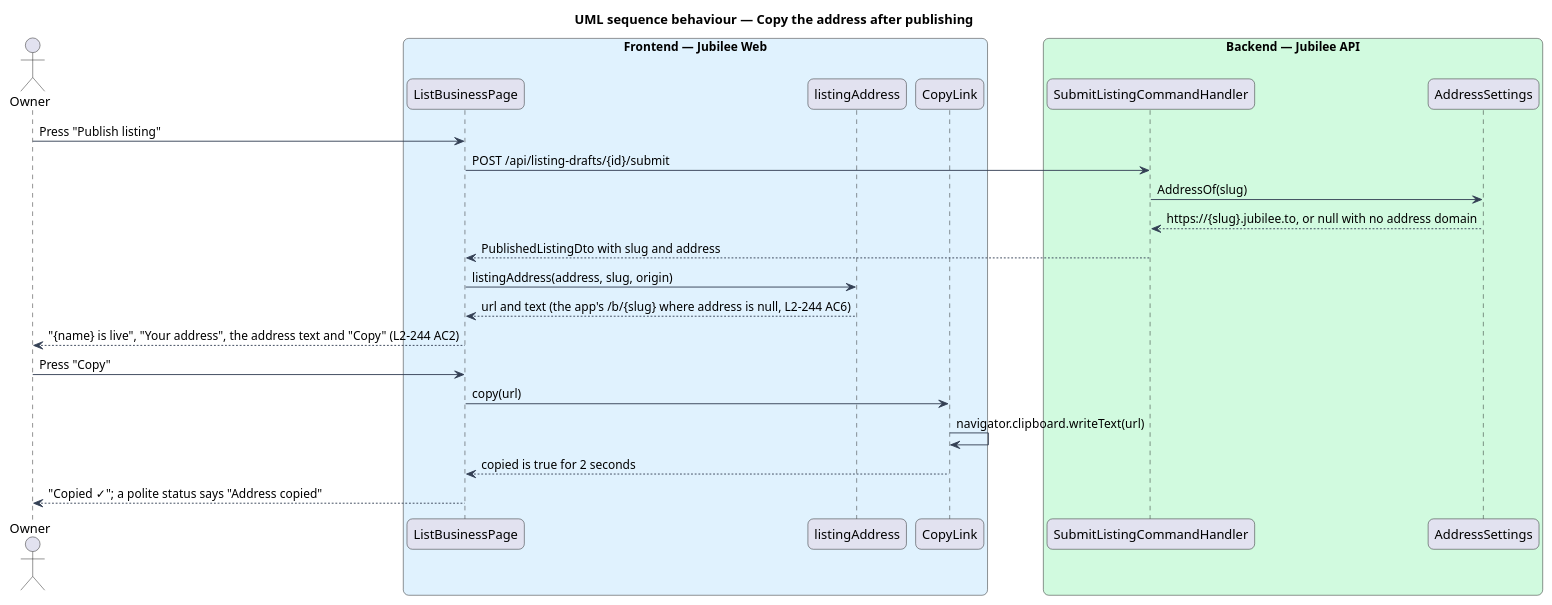
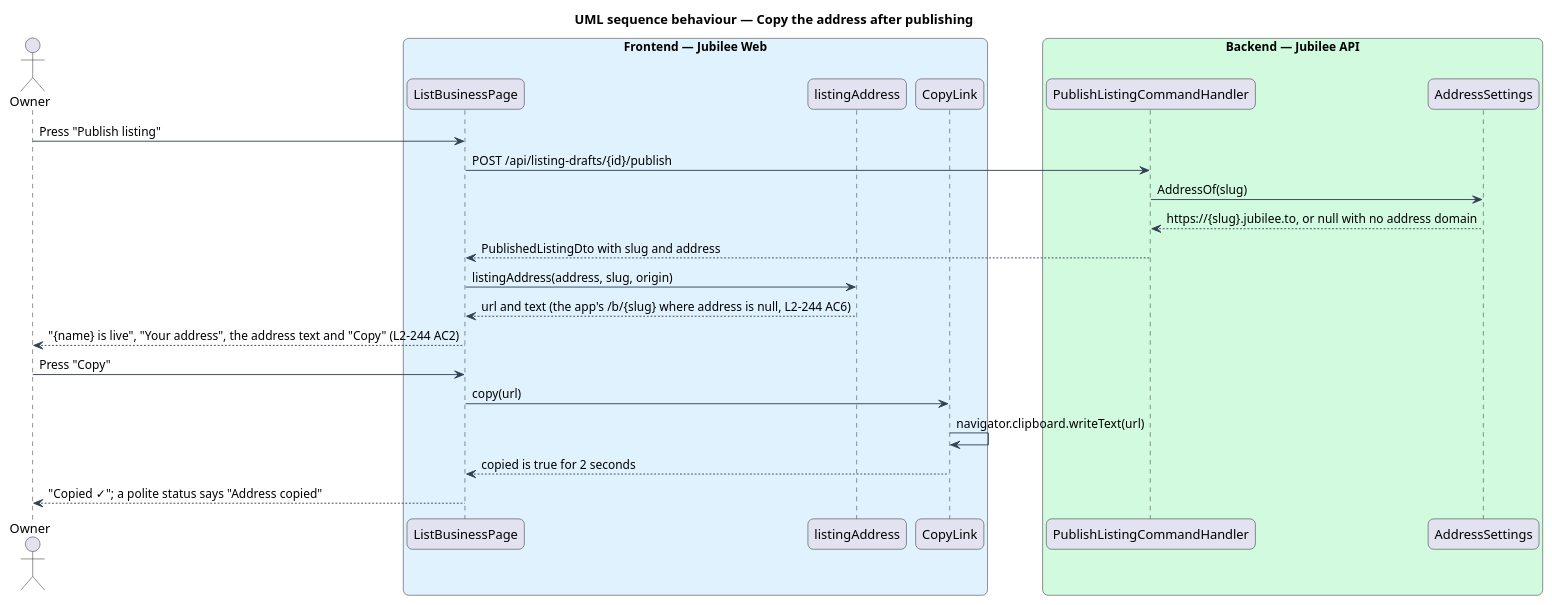
Before and after one commit to QuinntyneBrown/jubilee: the diagram in docs/detailed-designs/listings/share-listing-address/diagrams/sequence-copy-address.puml, drawn with PlantUML. The commit also changed 15 other files, not shown here.

```diff
--- a/docs/detailed-designs/listings/share-listing-address/diagrams/sequence-copy-address.puml
+++ b/docs/detailed-designs/listings/share-listing-address/diagrams/sequence-copy-address.puml
@@ -1,40 +1,40 @@
 @startuml
 title UML sequence behaviour — Copy the address after publishing
 skinparam backgroundColor #FFFFFF
 skinparam shadowing false
 skinparam roundcorner 12
 skinparam defaultFontName Arial
 skinparam ArrowColor #344054
 skinparam rectangle {
   BorderColor #344054
   FontColor #101828
 }
 skinparam package {
   BorderColor #667085
   FontColor #101828
   BackgroundColor #F9FAFB
 }
 actor "Owner" as owner
 box "Frontend — Jubilee Web" #E0F2FE
   participant "ListBusinessPage" as page
   participant "listingAddress" as helper
   participant "CopyLink" as copy
 end box
 box "Backend — Jubilee API" #D1FADF
-  participant "SubmitListingCommandHandler" as handler
+  participant "PublishListingCommandHandler" as handler
   participant "AddressSettings" as settings
 end box
 owner -> page : Press "Publish listing"
-page -> handler : POST /api/listing-drafts/{id}/submit
+page -> handler : POST /api/listing-drafts/{id}/publish
 handler -> settings : AddressOf(slug)
 settings --> handler : https://{slug}.jubilee.to, or null with no address domain
 handler --> page : PublishedListingDto with slug and address
 page -> helper : listingAddress(address, slug, origin)
 helper --> page : url and text (the app's /b/{slug} where address is null, L2-244 AC6)
 page --> owner : "{name} is live", "Your address", the address text and "Copy" (L2-244 AC2)
 owner -> page : Press "Copy"
 page -> copy : copy(url)
 copy -> copy : navigator.clipboard.writeText(url)
 copy --> page : copied is true for 2 seconds
 page --> owner : "Copied ✓"; a polite status says "Address copied"
 @enduml
```
